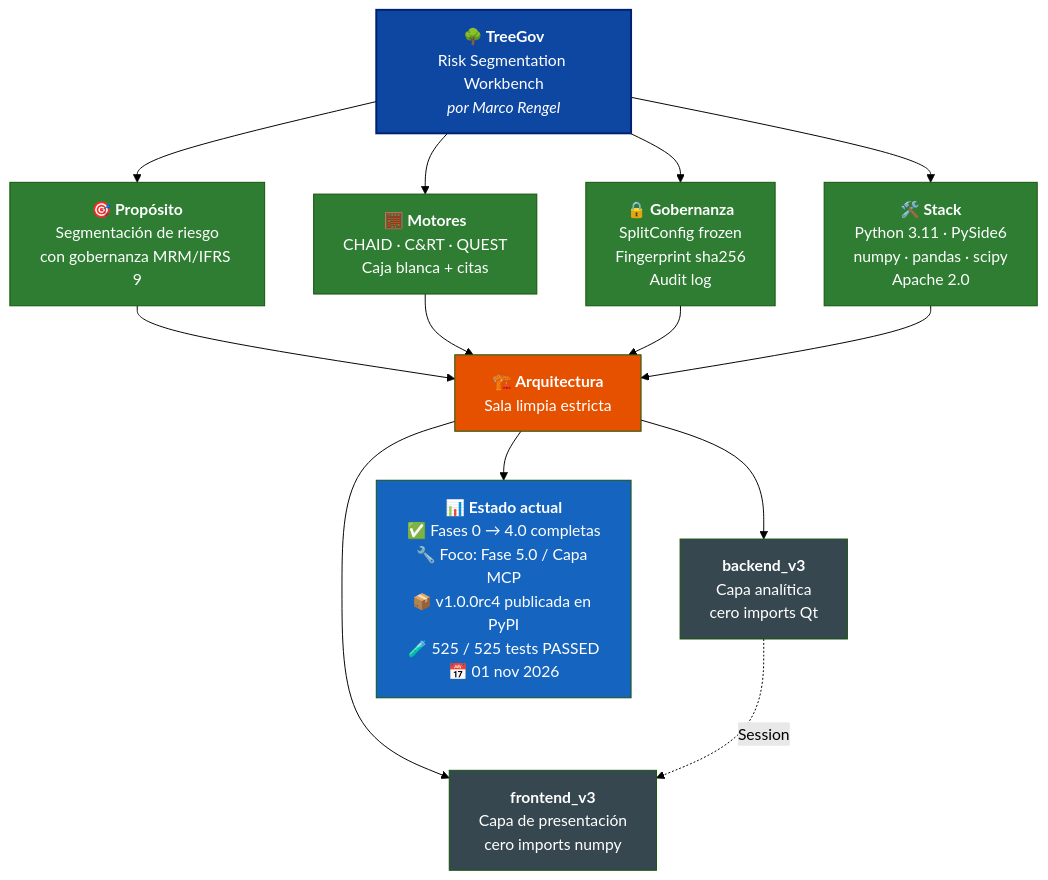
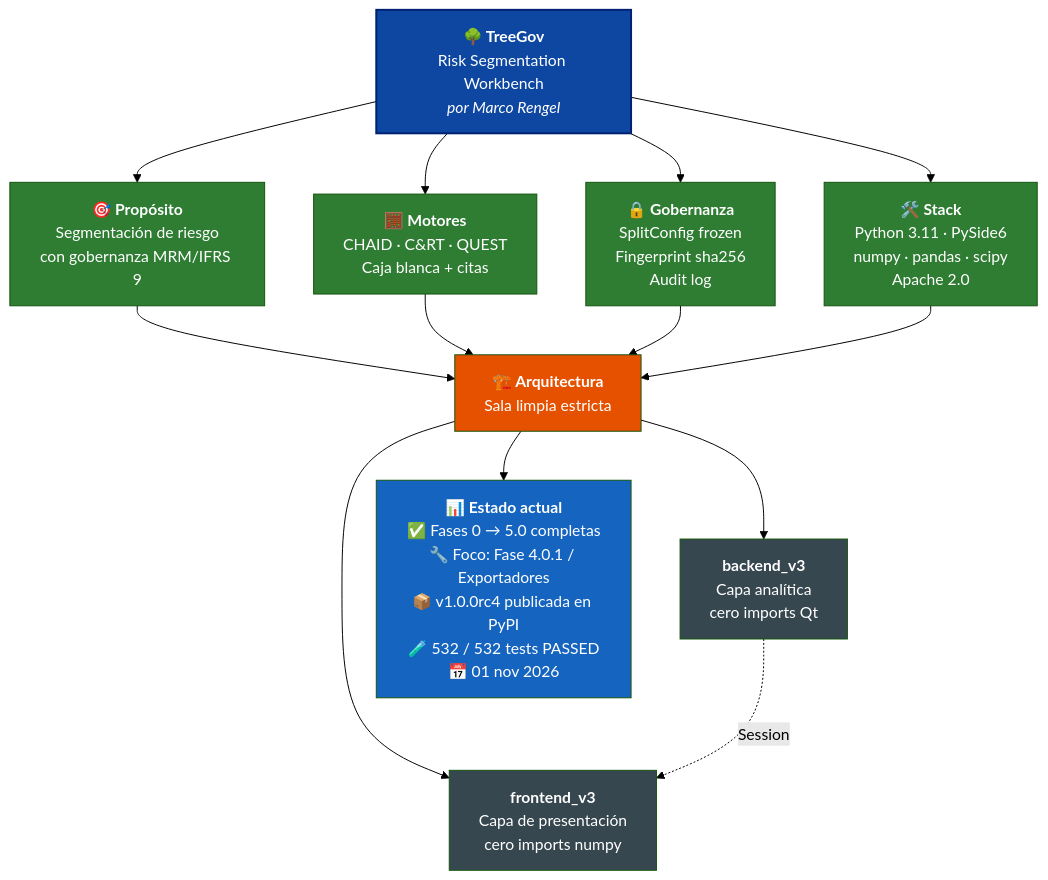
One commit to Marco-Rengel/treegov changed the diagram in README.es.md. Above: the diagram before and after it, drawn with Mermaid (forest theme). The commit also changed other lines of this file and 11 other files, not shown here.

````diff
--- a/README.es.md
+++ b/README.es.md
@@ -38,31 +38,31 @@
 ```mermaid
 flowchart TB
     TG["<b>🌳 TreeGov</b><br/>Risk Segmentation Workbench<br/><i>por Marco Rengel</i>"]
 
     TG --> P["<b>🎯 Propósito</b><br/>Segmentación de riesgo<br/>con gobernanza MRM/IFRS 9"]
     TG --> M["<b>🧮 Motores</b><br/>CHAID · C&RT · QUEST<br/>Caja blanca + citas"]
     TG --> G["<b>🔒 Gobernanza</b><br/>SplitConfig frozen<br/>Fingerprint sha256<br/>Audit log"]
     TG --> S["<b>🛠️ Stack</b><br/>Python 3.11 · PySide6<br/>numpy · pandas · scipy<br/>Apache 2.0"]
 
     P --> ARQ["<b>🏗️ Arquitectura</b><br/>Sala limpia estricta"]
     M --> ARQ
     G --> ARQ
     S --> ARQ
 
     ARQ --> BE["<b>backend_v3</b><br/>Capa analítica<br/>cero imports Qt"]
     ARQ --> FE["<b>frontend_v3</b><br/>Capa de presentación<br/>cero imports numpy"]
 
     BE -.->|Session| FE
 
-    ARQ --> ST["<b>📊 Estado actual</b><br/>✅ Fases 0 → 4.0 completas<br/>🔧 Foco: Fase 5.0 / Capa MCP<br/>📦 v1.0.0rc4 publicada en PyPI<br/>🧪 525 / 525 tests PASSED<br/>📅 01 nov 2026"]
+    ARQ --> ST["<b>📊 Estado actual</b><br/>✅ Fases 0 → 5.0 completas<br/>🔧 Foco: Fase 4.0.1 / Exportadores<br/>📦 v1.0.0rc4 publicada en PyPI<br/>🧪 532 / 532 tests PASSED<br/>📅 01 nov 2026"]
 
     style TG fill:#0D47A1,color:#fff,stroke:#002171,stroke-width:2px
     style P fill:#2E7D32,color:#fff
     style M fill:#2E7D32,color:#fff
     style G fill:#2E7D32,color:#fff
     style S fill:#2E7D32,color:#fff
     style ARQ fill:#E65100,color:#fff
     style BE fill:#37474F,color:#fff
     style FE fill:#37474F,color:#fff
     style ST fill:#1565C0,color:#fff
 ```
````
